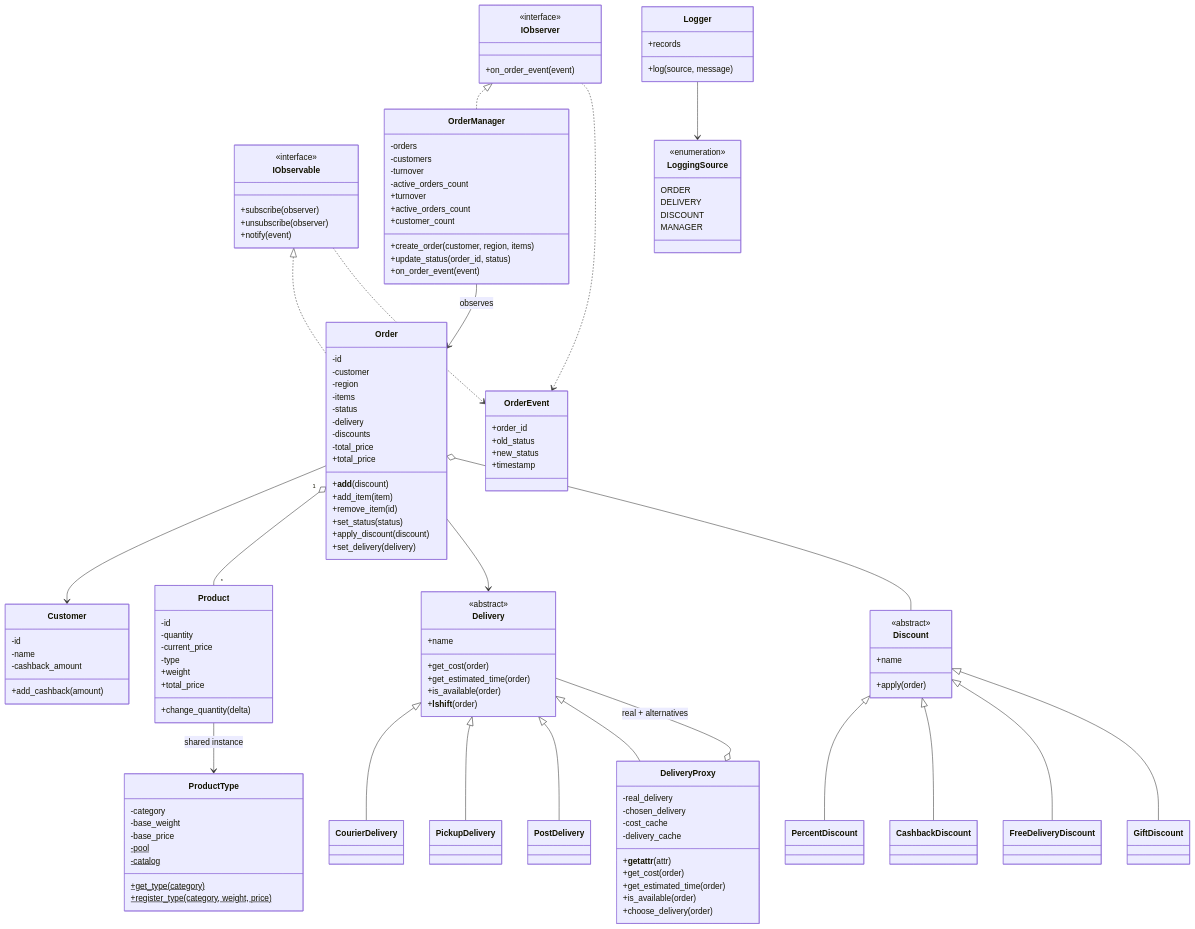
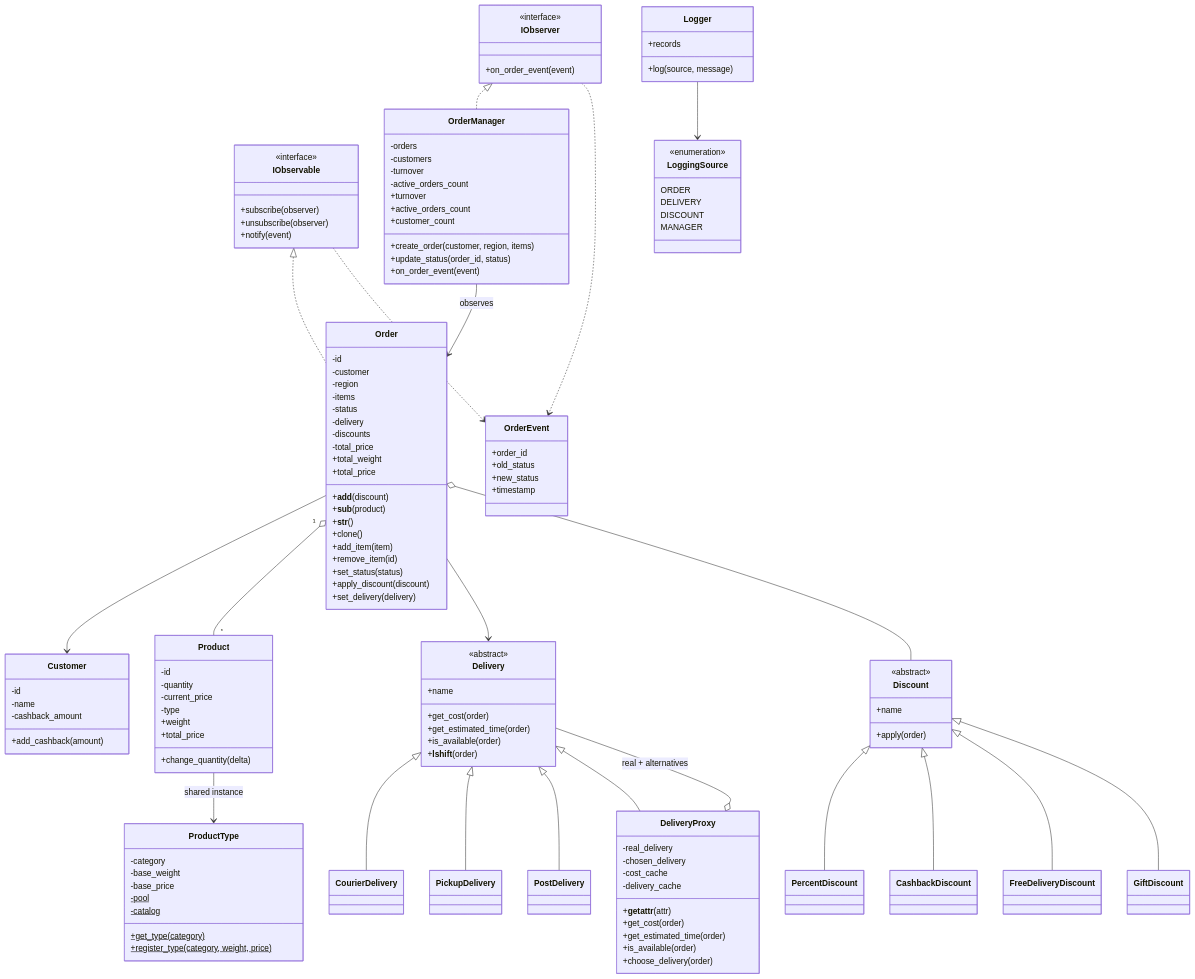
One commit to Spectrbros/OOP_course_work changed the second of 2 diagrams in README.md. Above: the diagram before and after it, drawn with Mermaid. The commit also changed other lines of this file, not shown here.

```diff
--- a/README.md
+++ b/README.md
@@ -199,11 +205,15 @@
         -discounts
         -total_price
         +__add__(discount)
+        +__sub__(product)
+        +__str__()
+        +clone()
         +add_item(item)
         +remove_item(id)
         +set_status(status)
         +apply_discount(discount)
         +set_delivery(delivery)
+        +total_weight
         +total_price
     }
     class Customer {
```
